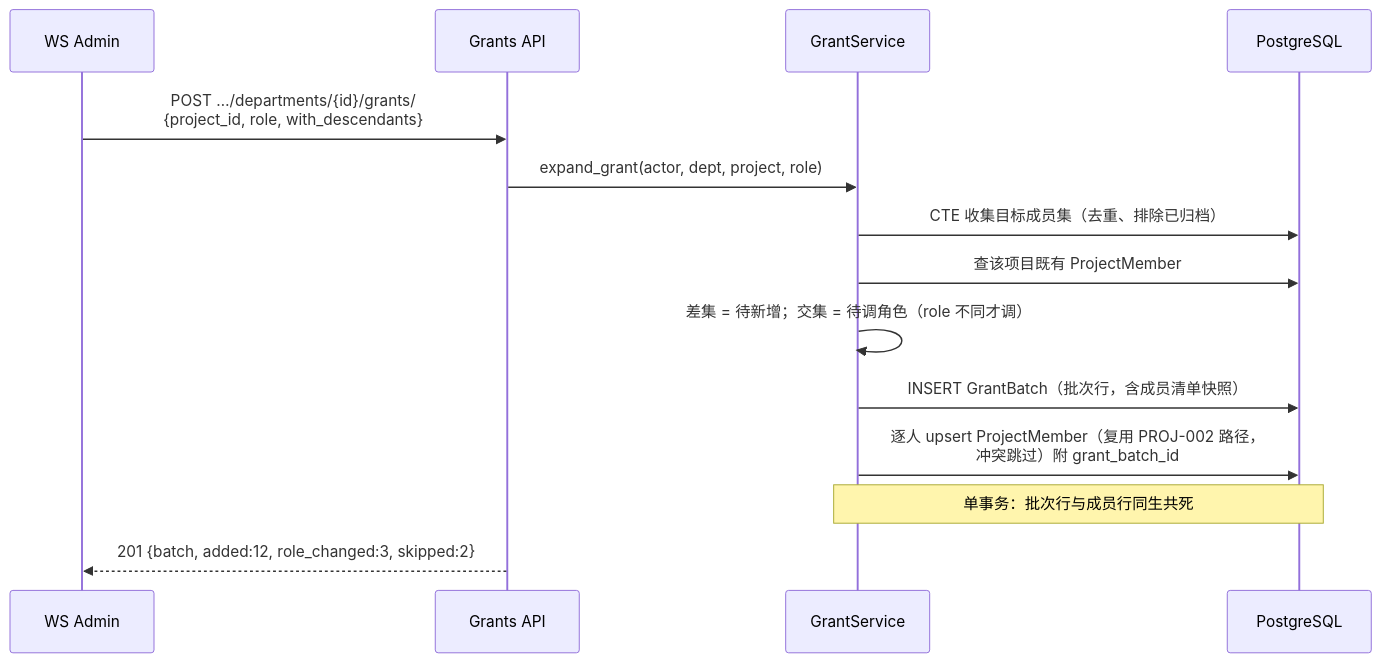
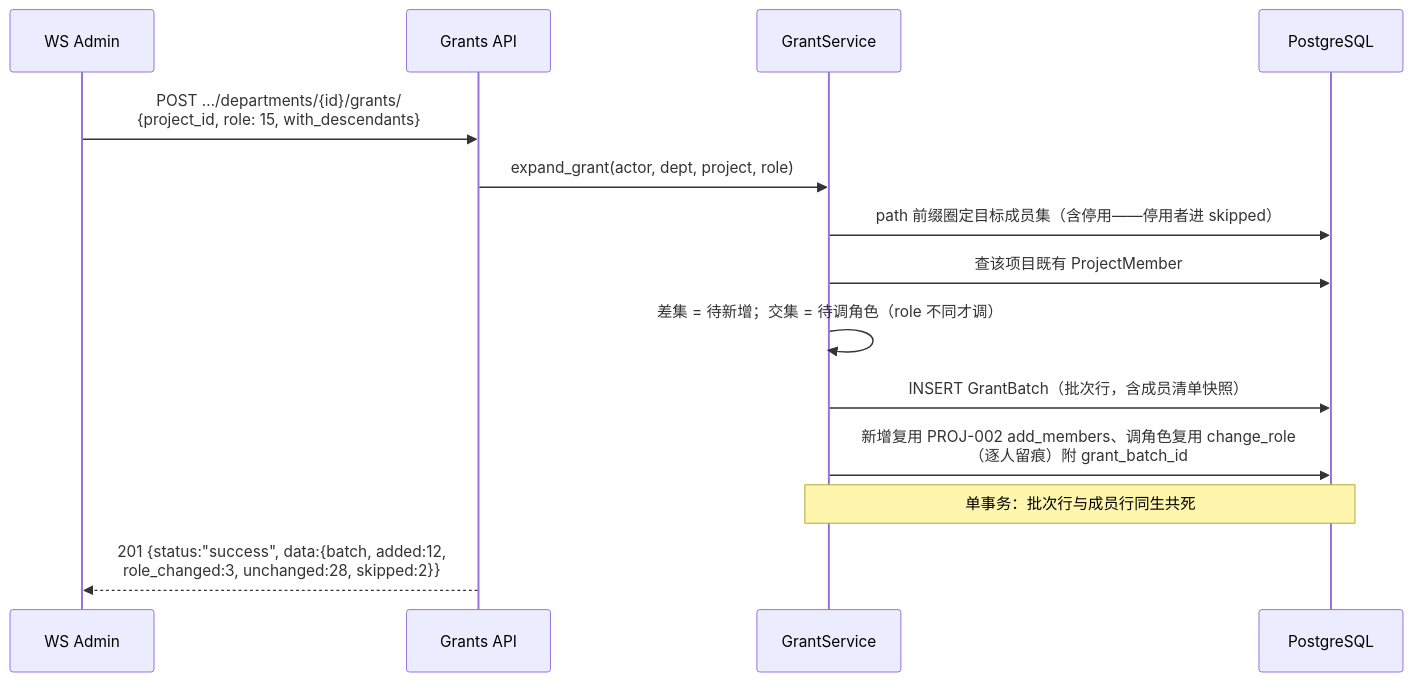
The third of 3 diagrams in docs/sprint-8-enterprise-org/AUTH-007-org-structure.md (RabbitAI-Lab/RabbitProjects), drawn with Mermaid before and after one commit. The commit also changed other lines of this file and 13 other files, not shown here.

````diff
--- a/docs/sprint-8-enterprise-org/AUTH-007-org-structure.md
+++ b/docs/sprint-8-enterprise-org/AUTH-007-org-structure.md
@@ -130,17 +130,17 @@
 ```mermaid
 sequenceDiagram
     participant A as WS Admin
     participant API as Grants API
     participant S as GrantService
     participant DB as PostgreSQL
 
-    A->>API: POST …/departments/{id}/grants/<br/>{project_id, role, with_descendants}
+    A->>API: POST …/departments/{id}/grants/<br/>{project_id, role: 15, with_descendants}
     API->>S: expand_grant(actor, dept, project, role)
-    S->>DB: CTE 收集目标成员集（去重、排除已归档）
+    S->>DB: path 前缀圈定目标成员集（含停用——停用者进 skipped）
     S->>DB: 查该项目既有 ProjectMember
     S->>S: 差集 = 待新增；交集 = 待调角色（role 不同才调）
     S->>DB: INSERT GrantBatch（批次行，含成员清单快照）
-    S->>DB: 逐人 upsert ProjectMember（复用 PROJ-002 路径，<br/>冲突跳过）附 grant_batch_id
+    S->>DB: 新增复用 PROJ-002 add_members、调角色复用 change_role<br/>（逐人留痕）附 grant_batch_id
     Note over S,DB: 单事务：批次行与成员行同生共死
-    API-->>A: 201 {batch, added:12, role_changed:3, skipped:2}
+    API-->>A: 201 {status:"success", data:{batch, added:12,<br/>role_changed:3, unchanged:28, skipped:2}}
 ```
````
